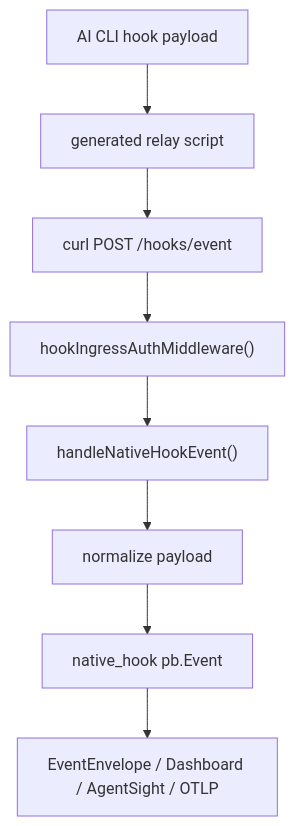
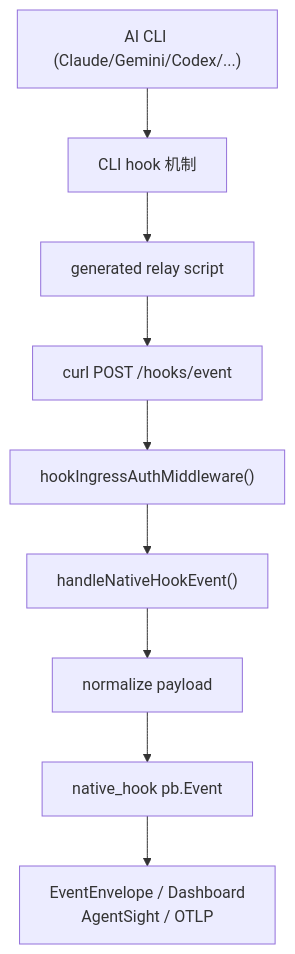
Before and after one commit to stevessr/agent-ebpf-filter: the diagram in docs/integrations/native-hooks.md, drawn with Mermaid. The commit also changed other lines of this file and 42 other files, not shown here.

````diff
--- a/docs/integrations/native-hooks.md
+++ b/docs/integrations/native-hooks.md
@@ -7,10 +9,11 @@
 ```mermaid
 flowchart TD
-    Payload["AI CLI hook payload"] --> Relay["generated relay script"]
+    CLI["AI CLI (Claude/Gemini/Codex/...)"] --> Hook["CLI hook 机制"]
+    Hook --> Relay["generated relay script"]
     Relay --> Curl["curl POST /hooks/event"]
     Curl --> Auth["hookIngressAuthMiddleware()"]
     Auth --> Handler["handleNativeHookEvent()"]
     Handler --> Normalize["normalize payload"]
     Normalize --> Event["native_hook pb.Event"]
-    Event --> Sinks["EventEnvelope / Dashboard / AgentSight / OTLP"]
+    Event --> Sinks["EventEnvelope / Dashboard<br/>AgentSight / OTLP"]
 ```
````
